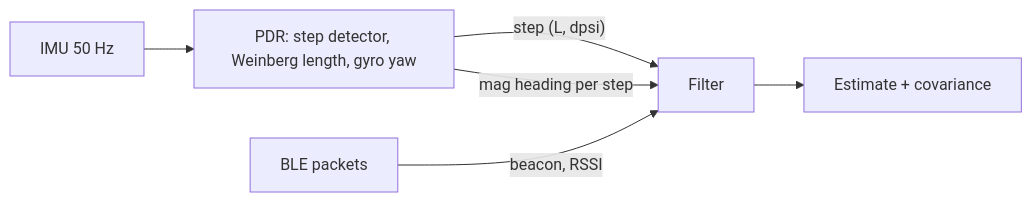
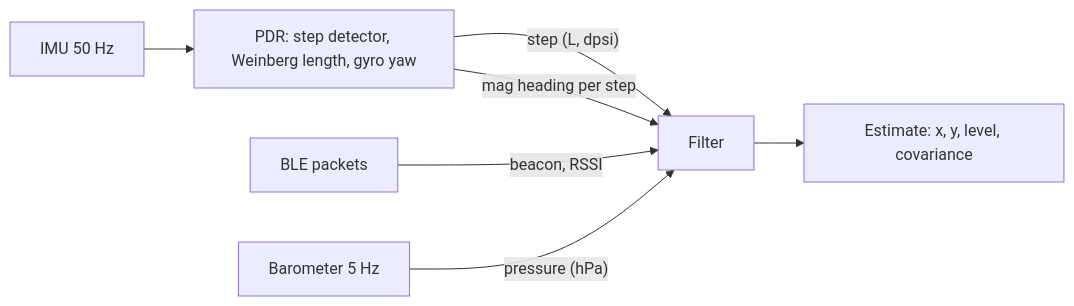
One commit to Yusufss4/indoor-positioning-engine changed the diagram in docs/design.md. Above: the diagram before and after it, drawn with Mermaid. The commit also changed other lines of this file and 81 other files, not shown here.

````diff
--- a/docs/design.md
+++ b/docs/design.md
@@ -5,8 +5,9 @@
 ```mermaid
 flowchart LR
   IMU[IMU 50 Hz] --> PDR[PDR: step detector, Weinberg length, gyro yaw]
   PDR -->|"step (L, dpsi)"| F[Filter]
   PDR -->|mag heading per step| F
   BLE[BLE packets] -->|"beacon, RSSI"| F
-  F --> Est[Estimate + covariance]
+  Baro[Barometer 5 Hz] -->|"pressure (hPa)"| F
+  F --> Est[Estimate: x, y, level, covariance]
 ```
````
